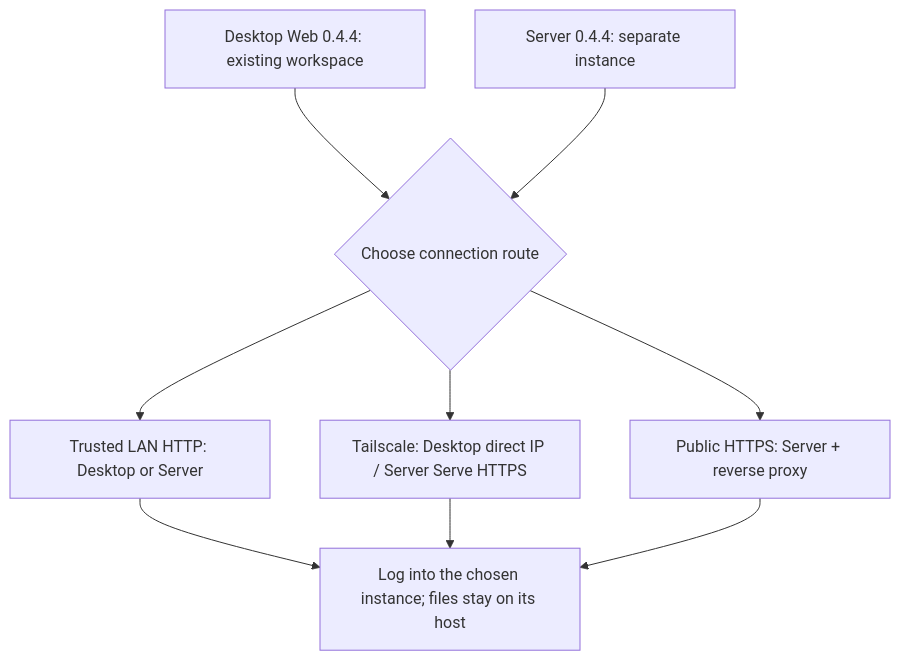
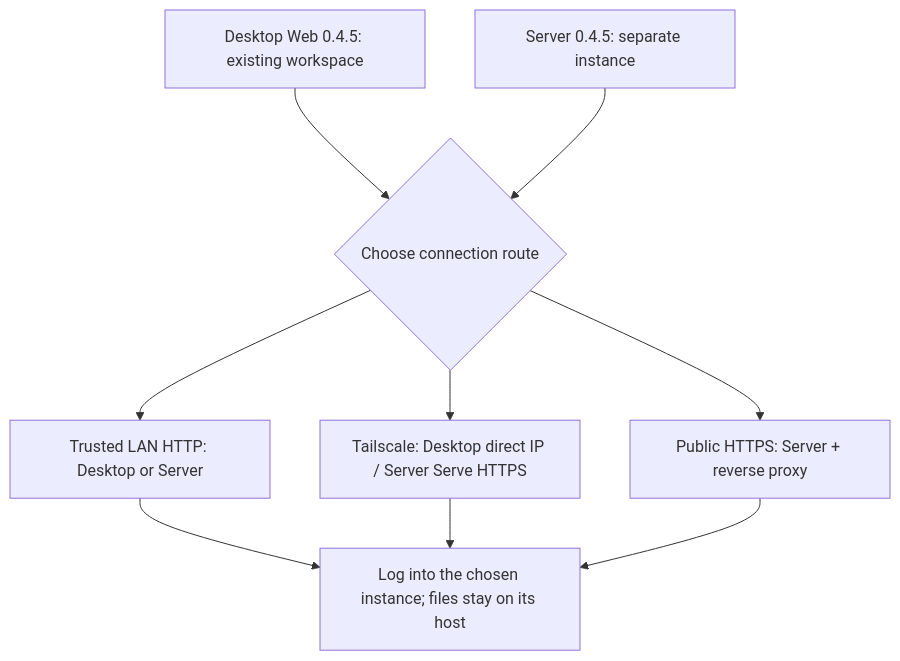
Before and after one commit to 1443205008/rovai-ai: the diagram in website/site/public/assets/diagrams/deployment-choice-en.mmd, drawn with Mermaid. The commit also changed 11 other files, not shown here.

```diff
--- a/website/site/public/assets/diagrams/deployment-choice-en.mmd
+++ b/website/site/public/assets/diagrams/deployment-choice-en.mmd
@@ -1,12 +1,12 @@
 flowchart TB
-  desktop["Desktop Web 0.4.4: existing workspace"]
-  server["Server 0.4.4: separate instance"]
+  desktop["Desktop Web 0.4.5: existing workspace"]
+  server["Server 0.4.5: separate instance"]
   choice{"Choose connection route"}
   desktop --> choice
   server --> choice
   choice --> lan["Trusted LAN HTTP: Desktop or Server"]
   choice --> ts["Tailscale: Desktop direct IP / Server Serve HTTPS"]
   choice --> public["Public HTTPS: Server + reverse proxy"]
   lan --> login["Log into the chosen instance; files stay on its host"]
   ts --> login
   public --> login
```
